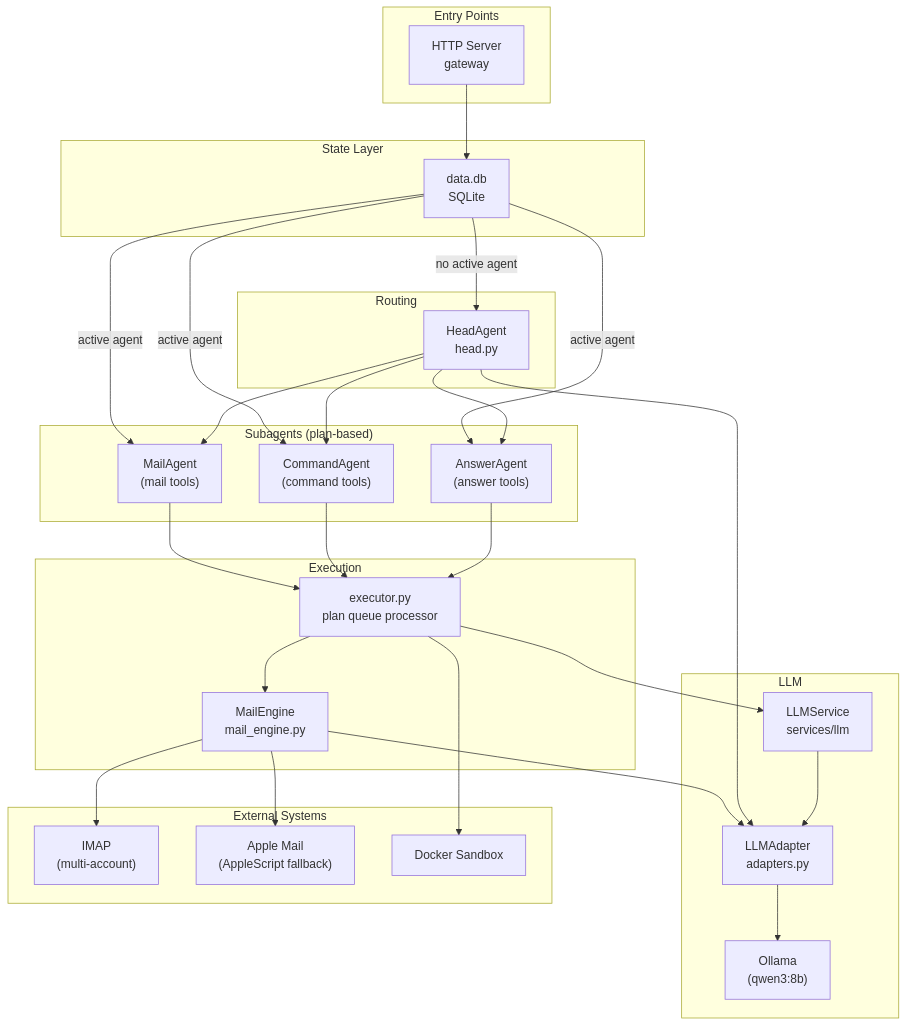
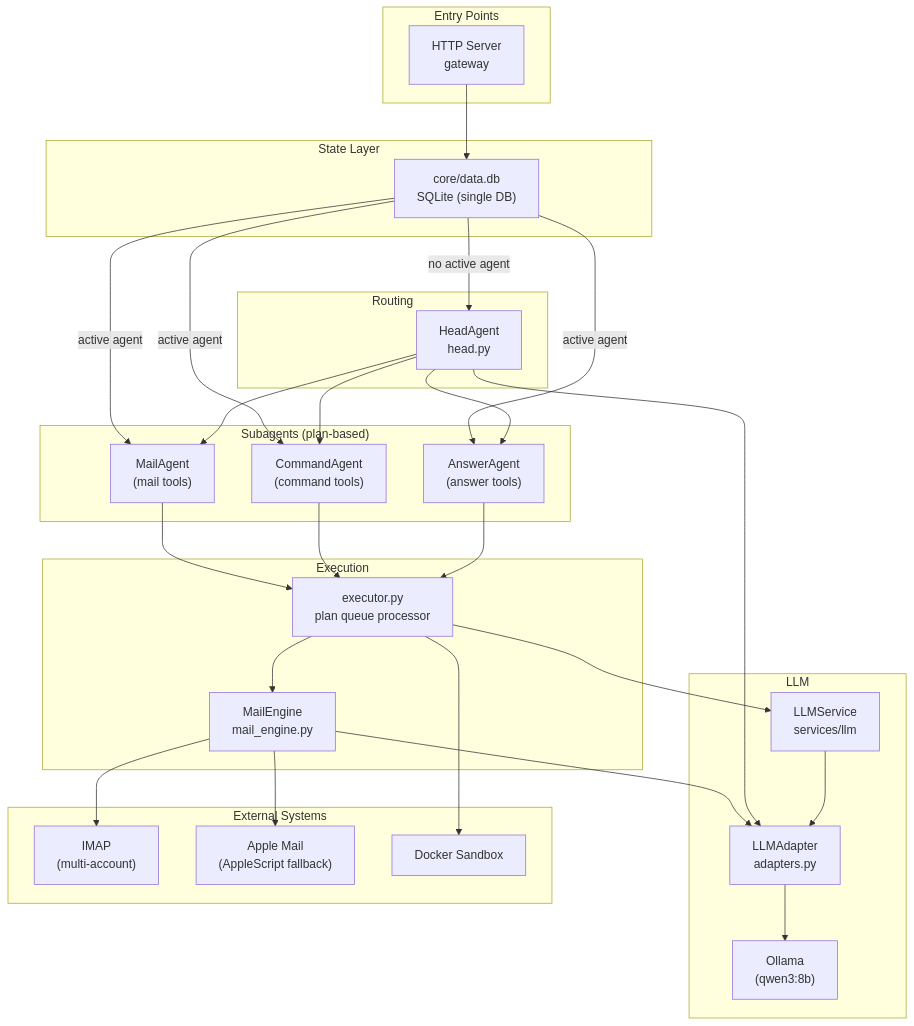
One commit to ajpeders/MyAgent changed the diagram in README.md. Above: the diagram before and after it, drawn with Mermaid. The commit also changed other lines of this file and 20 other files, not shown here.

````diff
--- a/README.md
+++ b/README.md
@@ -26,61 +26,61 @@
 ```mermaid
 graph TD
     subgraph Entry["Entry Points"]
         HTTP["HTTP Server<br/>gateway"]
     end
 
     subgraph State["State Layer"]
-        SESSIONS["data.db<br/>SQLite"]
+        SESSIONS["core/data.db<br/>SQLite (single DB)"]
     end
 
     subgraph Routing["Routing"]
         HEAD["HeadAgent<br/>head.py"]
     end
 
     subgraph Agents["Subagents (plan-based)"]
         MAIL["MailAgent<br/>(mail tools)"]
         CMD["CommandAgent<br/>(command tools)"]
         ANS["AnswerAgent<br/>(answer tools)"]
     end
 
     subgraph Execution["Execution"]
         EXECUTOR["executor.py<br/>plan queue processor"]
         MAILENGINE["MailEngine<br/>mail_engine.py"]
     end
 
     subgraph LLM["LLM"]
         LLMSVC["LLMService<br/>services/llm"]
         ADAPTER["LLMAdapter<br/>adapters.py"]
         OLLAMA["Ollama<br/>(qwen3:8b)"]
     end
 
     subgraph External["External Systems"]
         IMAP["IMAP<br/>(multi-account)"]
         APPLEMAIL["Apple Mail<br/>(AppleScript fallback)"]
         DOCKER["Docker Sandbox"]
     end
 
     HTTP --> SESSIONS
     SESSIONS -->|"no active agent"| HEAD
     SESSIONS -->|"active agent"| MAIL
     SESSIONS -->|"active agent"| CMD
     SESSIONS -->|"active agent"| ANS
     HEAD --> MAIL
     HEAD --> CMD
     HEAD --> ANS
 
     MAIL --> EXECUTOR
     CMD --> EXECUTOR
     ANS --> EXECUTOR
 
     EXECUTOR --> LLMSVC
     EXECUTOR --> MAILENGINE
     MAILENGINE --> ADAPTER
     HEAD --> ADAPTER
     LLMSVC --> ADAPTER
     ADAPTER --> OLLAMA
 
     MAILENGINE --> IMAP
     MAILENGINE --> APPLEMAIL
     EXECUTOR --> DOCKER
 ```
````
